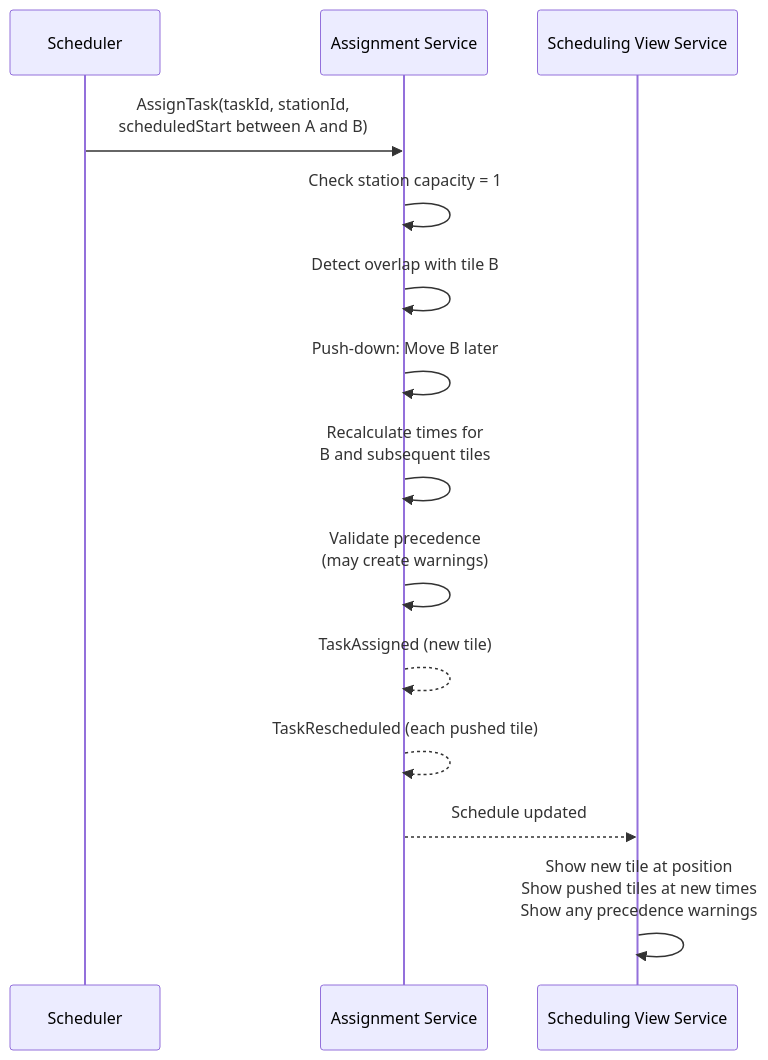
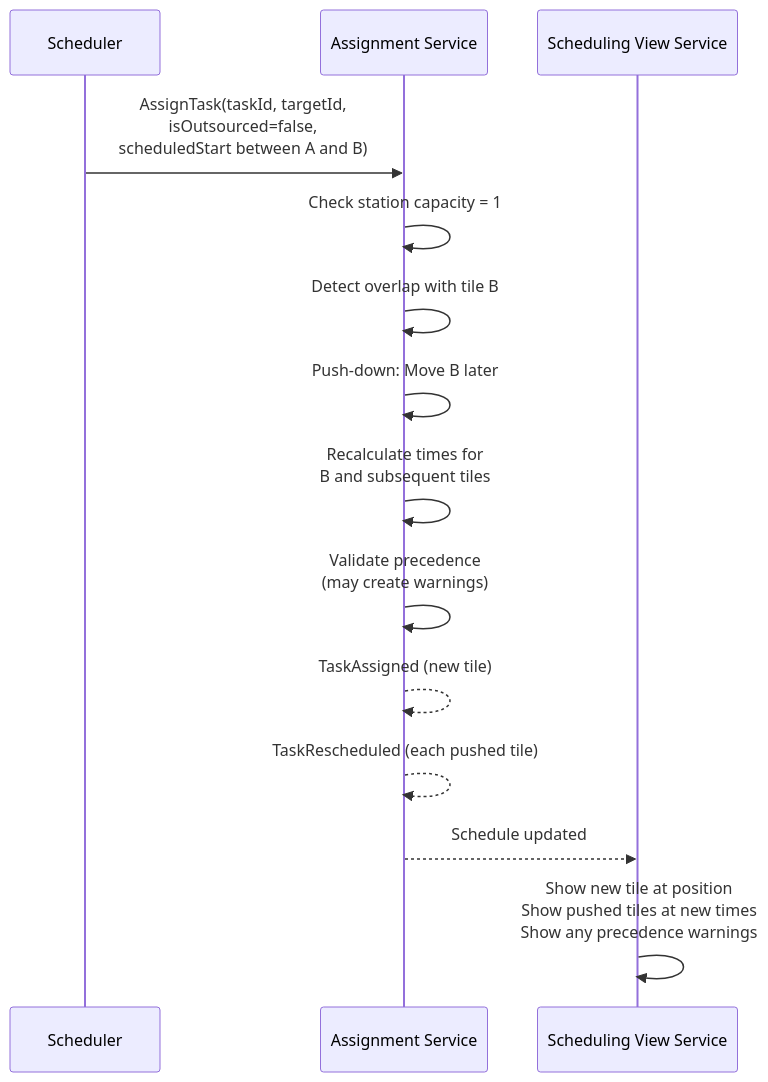
One commit to ikadar/ewlin changed diagram 11 of 11 in docs/architecture/sequence-design.md. Above: the diagram before and after it, drawn with Mermaid. The commit also changed other lines of this file and 539 other files, not shown here.

````diff
--- a/docs/architecture/sequence-design.md
+++ b/docs/architecture/sequence-design.md
@@ -624,17 +624,17 @@
 ```mermaid
 sequenceDiagram
     participant Scheduler
     participant Assignment as Assignment Service
     participant View as Scheduling View Service
 
-    Scheduler->>Assignment: AssignTask(taskId, stationId,<br>scheduledStart between A and B)
+    Scheduler->>Assignment: AssignTask(taskId, targetId,<br>isOutsourced=false,<br>scheduledStart between A and B)
     Assignment->>Assignment: Check station capacity = 1
     Assignment->>Assignment: Detect overlap with tile B
     Assignment->>Assignment: Push-down: Move B later
     Assignment->>Assignment: Recalculate times for<br>B and subsequent tiles
     Assignment->>Assignment: Validate precedence<br>(may create warnings)
     Assignment-->>Assignment: TaskAssigned (new tile)
     Assignment-->>Assignment: TaskRescheduled (each pushed tile)
     Assignment-->>View: Schedule updated
     View->>View: Show new tile at position<br>Show pushed tiles at new times<br>Show any precedence warnings
 ```
````
